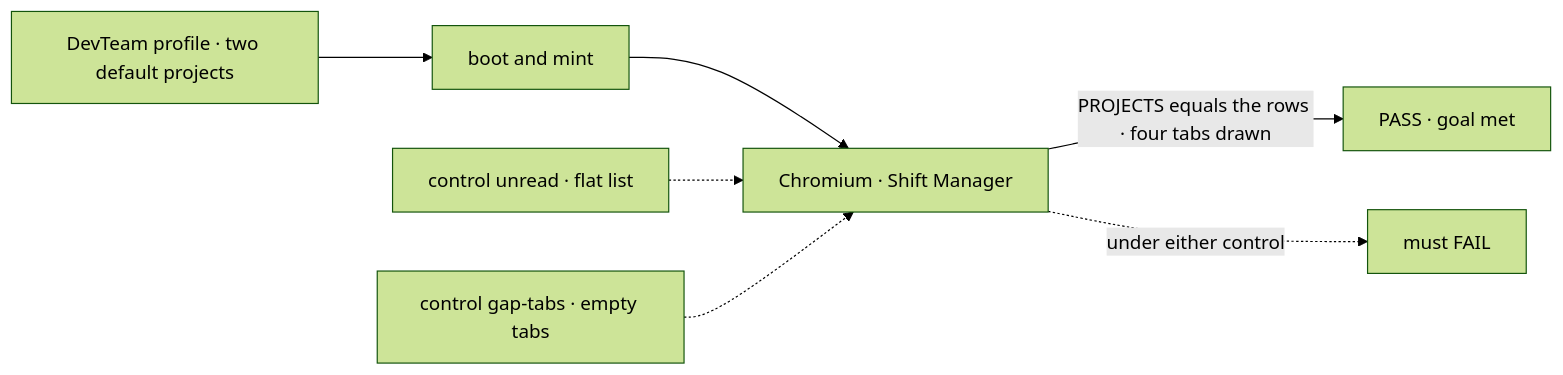
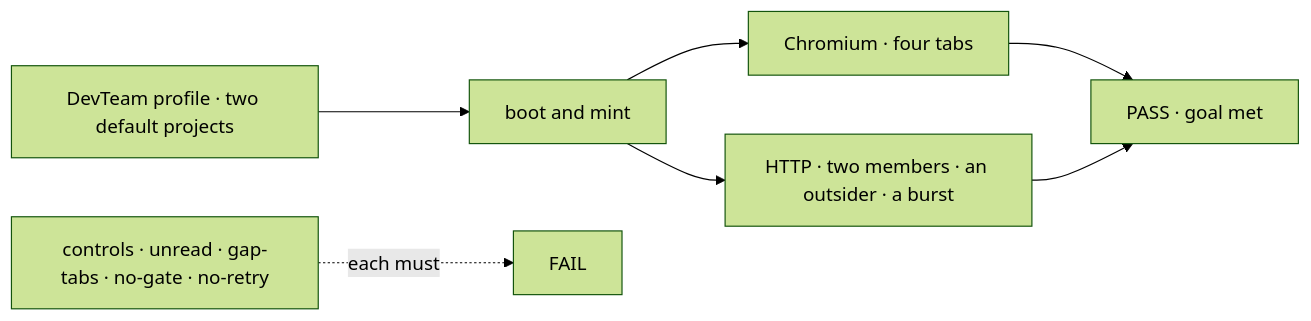
Before and after one commit to fixpoint-labs/flow-state-dev: the first of 2 diagrams in specs/issues/FIX-1718/SPEC.md, drawn with Mermaid (forest theme). The commit also changed other lines of this file and 7 other files, not shown here.

````diff
--- a/specs/issues/FIX-1718/SPEC.md
+++ b/specs/issues/FIX-1718/SPEC.md
@@ -45,9 +48,9 @@
 ```mermaid
 flowchart LR
   T["DevTeam profile · two default projects"] --> B["boot and mint"]
-  B --> W["Chromium · Shift Manager"]
-  W -->|"PROJECTS equals the rows · four tabs drawn"| P["PASS · goal met"]
-  C1["control unread · flat list"] -.-> W
-  C2["control gap-tabs · empty tabs"] -.-> W
-  W -.->|"under either control"| F["must FAIL"]
+  B --> W["Chromium · four tabs"]
+  B --> H["HTTP · two members · an outsider · a burst"]
+  W --> P["PASS · goal met"]
+  H --> P
+  C["controls · unread · gap-tabs · no-gate · no-retry"] -.->|"each must"| F["FAIL"]
 ```
````
